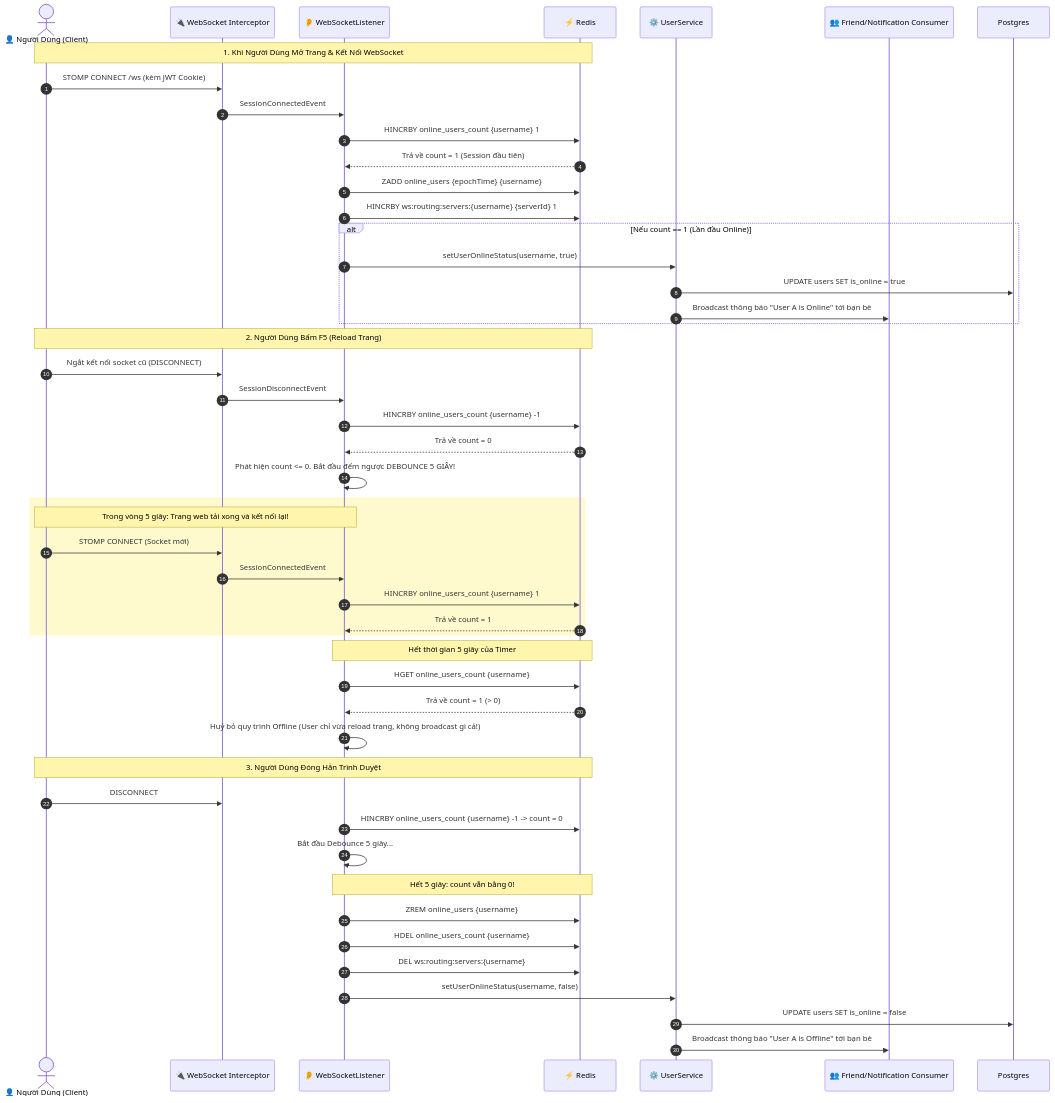
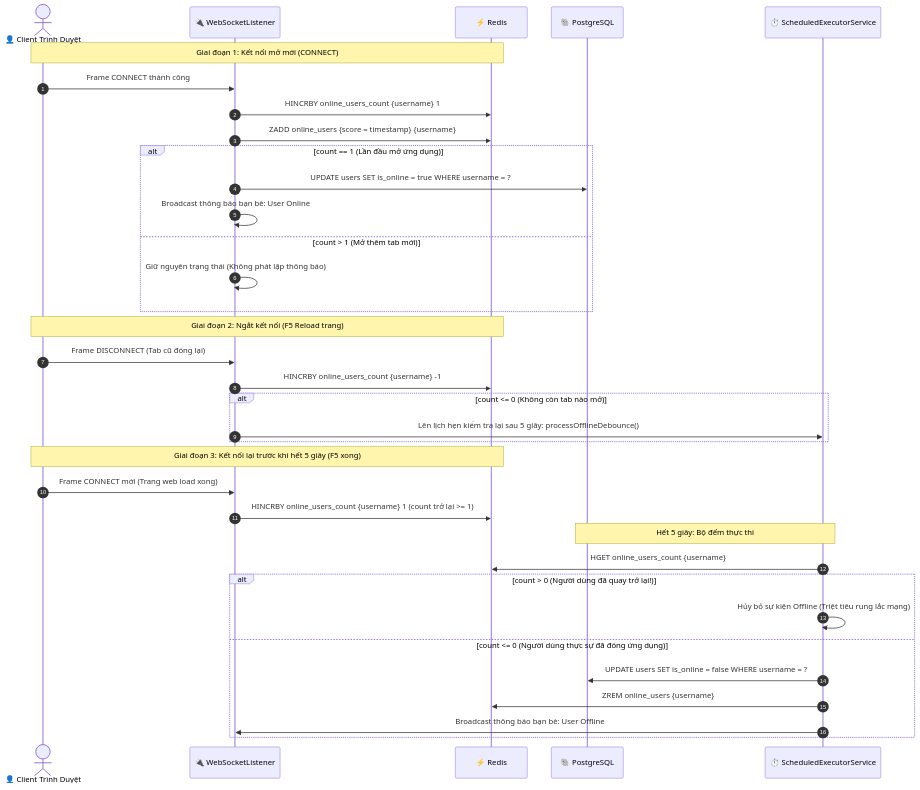
Before and after one commit to phwkha/ChatWeb-RealTime: the third of 4 diagrams in docs/architecture/03-sequence-diagrams.md, drawn with Mermaid. The commit also changed other lines of this file and 8 other files, not shown here.

First line of the commit message:
Refactor sequence diagrams and database design documentation for clarity and accuracy

````diff
--- a/docs/architecture/03-sequence-diagrams.md
+++ b/docs/architecture/03-sequence-diagrams.md
@@ -130,56 +130,41 @@
 ```mermaid
 sequenceDiagram
     autonumber
-    actor User as 👤 Người Dùng (Client)
-    participant WS as 🔌 WebSocket Interceptor
-    participant Listener as 👂 WebSocketListener
+    actor Client as 👤 Client Trình Duyệt
+    participant WS as 🔌 WebSocketListener
     participant Redis as ⚡ Redis
-    participant UserService as ⚙️ UserService
-    participant FriendConsumer as 👥 Friend/Notification Consumer
+    participant DB as 🐘 PostgreSQL
+    participant Scheduler as ⏱️ ScheduledExecutorService
 
-    note over User, Redis: 1. Khi Người Dùng Mở Trang & Kết Nối WebSocket
-    User->>WS: STOMP CONNECT /ws (kèm JWT Cookie)
-    WS->>Listener: SessionConnectedEvent
-    Listener->>Redis: HINCRBY online_users_count {username} 1
-    Redis-->>Listener: Trả về count = 1 (Session đầu tiên)
-    Listener->>Redis: ZADD online_users {epochTime} {username}
-    Listener->>Redis: HINCRBY ws:routing:servers:{username} {serverId} 1
-    
-    alt Nếu count == 1 (Lần đầu Online)
-        Listener->>UserService: setUserOnlineStatus(username, true)
-        UserService->>Postgres: UPDATE users SET is_online = true
-        UserService->>FriendConsumer: Broadcast thông báo "User A is Online" tới bạn bè
+    note over Client, Redis: Giai đoạn 1: Kết nối mở mới (CONNECT)
+    Client->>WS: Frame CONNECT thành công
+    WS->>Redis: HINCRBY online_users_count {username} 1
+    WS->>Redis: ZADD online_users {score = timestamp} {username}
+    alt count == 1 (Lần đầu mở ứng dụng)
+        WS->>DB: UPDATE users SET is_online = true WHERE username = ?
+        WS->>WS: Broadcast thông báo bạn bè: User Online
+    else count > 1 (Mở thêm tab mới)
+        WS->>WS: Giữ nguyên trạng thái (Không phát lặp thông báo)
     end
 
-    note over User, Redis: 2. Người Dùng Bấm F5 (Reload Trang)
-    User->>WS: Ngắt kết nối socket cũ (DISCONNECT)
-    WS->>Listener: SessionDisconnectEvent
-    Listener->>Redis: HINCRBY online_users_count {username} -1
-    Redis-->>Listener: Trả về count = 0
-    Listener->>Listener: Phát hiện count <= 0. Bắt đầu đếm ngược DEBOUNCE 5 GIÂY!
-
-    rect rgb(255, 250, 205)
-        note over User, Listener: Trong vòng 5 giây: Trang web tải xong và kết nối lại!
-        User->>WS: STOMP CONNECT (Socket mới)
-        WS->>Listener: SessionConnectedEvent
-        Listener->>Redis: HINCRBY online_users_count {username} 1
-        Redis-->>Listener: Trả về count = 1
+    note over Client, Redis: Giai đoạn 2: Ngắt kết nối (F5 Reload trang)
+    Client->>WS: Frame DISCONNECT (Tab cũ đóng lại)
+    WS->>Redis: HINCRBY online_users_count {username} -1
+    alt count <= 0 (Không còn tab nào mở)
+        WS->>Scheduler: Lên lịch hẹn kiểm tra lại sau 5 giây: processOfflineDebounce()
     end
 
-    note over Listener, Redis: Hết thời gian 5 giây của Timer
-    Listener->>Redis: HGET online_users_count {username}
-    Redis-->>Listener: Trả về count = 1 (> 0)
-    Listener->>Listener: Huỷ bỏ quy trình Offline (User chỉ vừa reload trang, không broadcast gì cả!)
+    note over Client, Redis: Giai đoạn 3: Kết nối lại trước khi hết 5 giây (F5 xong)
+    Client->>WS: Frame CONNECT mới (Trang web load xong)
+    WS->>Redis: HINCRBY online_users_count {username} 1 (count trở lại >= 1)
 
-    note over User, Redis: 3. Người Dùng Đóng Hẳn Trình Duyệt
-    User->>WS: DISCONNECT
-    Listener->>Redis: HINCRBY online_users_count {username} -1 -> count = 0
-    Listener->>Listener: Bắt đầu Debounce 5 giây...
-    note over Listener, Redis: Hết 5 giây: count vẫn bằng 0!
-    Listener->>Redis: ZREM online_users {username}
-    Listener->>Redis: HDEL online_users_count {username}
-    Listener->>Redis: DEL ws:routing:servers:{username}
-    Listener->>UserService: setUserOnlineStatus(username, false)
-    UserService->>Postgres: UPDATE users SET is_online = false
-    UserService->>FriendConsumer: Broadcast thông báo "User A is Offline" tới bạn bè
+    note over Scheduler, DB: Hết 5 giây: Bộ đếm thực thi
+    Scheduler->>Redis: HGET online_users_count {username}
+    alt count > 0 (Người dùng đã quay trở lại!)
+        Scheduler->>Scheduler: Hủy bỏ sự kiện Offline (Triệt tiêu rung lắc mạng)
+    else count <= 0 (Người dùng thực sự đã đóng ứng dụng)
+        Scheduler->>DB: UPDATE users SET is_online = false WHERE username = ?
+        Scheduler->>Redis: ZREM online_users {username}
+        Scheduler->>WS: Broadcast thông báo bạn bè: User Offline
+    end
 ```
````
